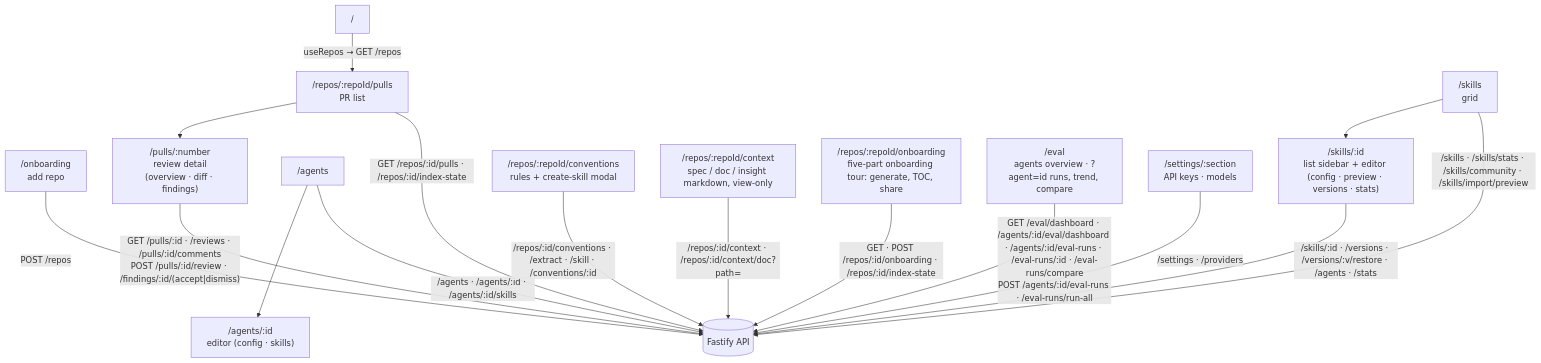
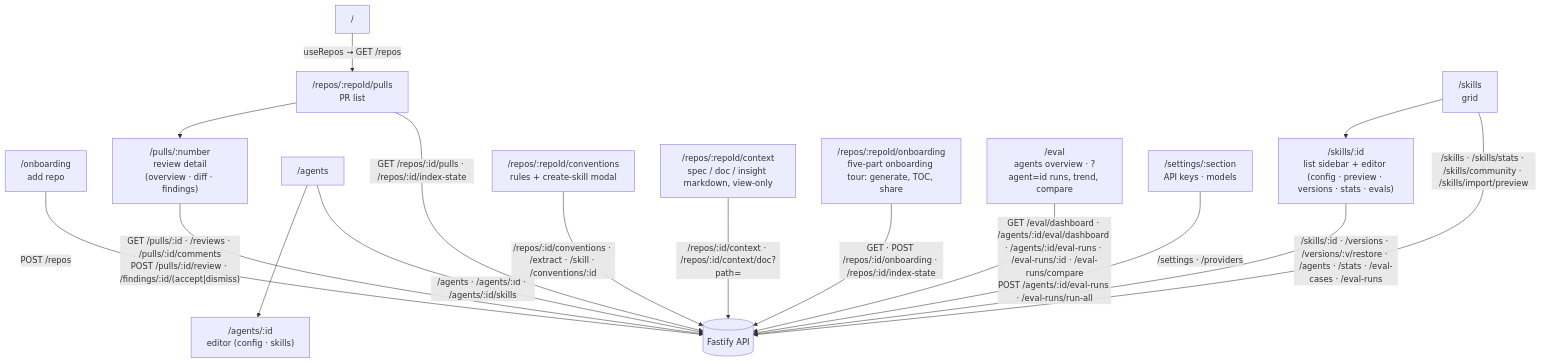
One commit to podop/dev-digest changed the diagram in client/README.md. Above: the diagram before and after it, drawn with Mermaid. The commit also changed 173 other files, not shown here.

````diff
--- a/client/README.md
+++ b/client/README.md
@@ -25,25 +25,25 @@
 ```mermaid
 flowchart TD
   ROOT["/"] -->|"useRepos → GET /repos"| PULLS["/repos/:repoId/pulls<br/>PR list"]
   ONB["/onboarding<br/>add repo"] -->|"POST /repos"| API[("Fastify API")]
   PULLS --> PR["/pulls/:number<br/>review detail<br/>(overview · diff · findings)"]
 
   AGENTS["/agents"] --> AGENT["/agents/:id<br/>editor (config · skills)"]
-  SKILLS["/skills<br/>grid"] --> SKILL["/skills/:id<br/>list sidebar + editor (config · preview · versions · stats)"]
+  SKILLS["/skills<br/>grid"] --> SKILL["/skills/:id<br/>list sidebar + editor (config · preview · versions · stats · evals)"]
   CONV["/repos/:repoId/conventions<br/>rules + create-skill modal"]
   CTX["/repos/:repoId/context<br/>spec / doc / insight markdown, view-only"]
   TOUR["/repos/:repoId/onboarding<br/>five-part onboarding tour: generate, TOC, share"]
   EVAL["/eval<br/>agents overview · ?agent=id runs, trend, compare"]
   SETTINGS["/settings/:section<br/>API keys · models"]
 
   PULLS -->|"GET /repos/:id/pulls · /repos/:id/index-state"| API
   PR -->|"GET /pulls/:id · /reviews · /pulls/:id/comments<br/>POST /pulls/:id/review · /findings/:id/(accept|dismiss)"| API
   AGENTS -->|"/agents · /agents/:id · /agents/:id/skills"| API
   SKILLS -->|"/skills · /skills/stats · /skills/community · /skills/import/preview"| API
-  SKILL -->|"/skills/:id · /versions · /versions/:v/restore · /agents · /stats"| API
+  SKILL -->|"/skills/:id · /versions · /versions/:v/restore · /agents · /stats · /eval-cases · /eval-runs"| API
   CONV -->|"/repos/:id/conventions · /extract · /skill · /conventions/:id"| API
   CTX -->|"/repos/:id/context · /repos/:id/context/doc?path="| API
   TOUR -->|"GET · POST /repos/:id/onboarding · /repos/:id/index-state"| API
   EVAL -->|"GET /eval/dashboard · /agents/:id/eval/dashboard · /agents/:id/eval-runs · /eval-runs/:id · /eval-runs/compare<br/>POST /agents/:id/eval-runs · /eval-runs/run-all"| API
   SETTINGS -->|"/settings · /providers"| API
 ```
````
